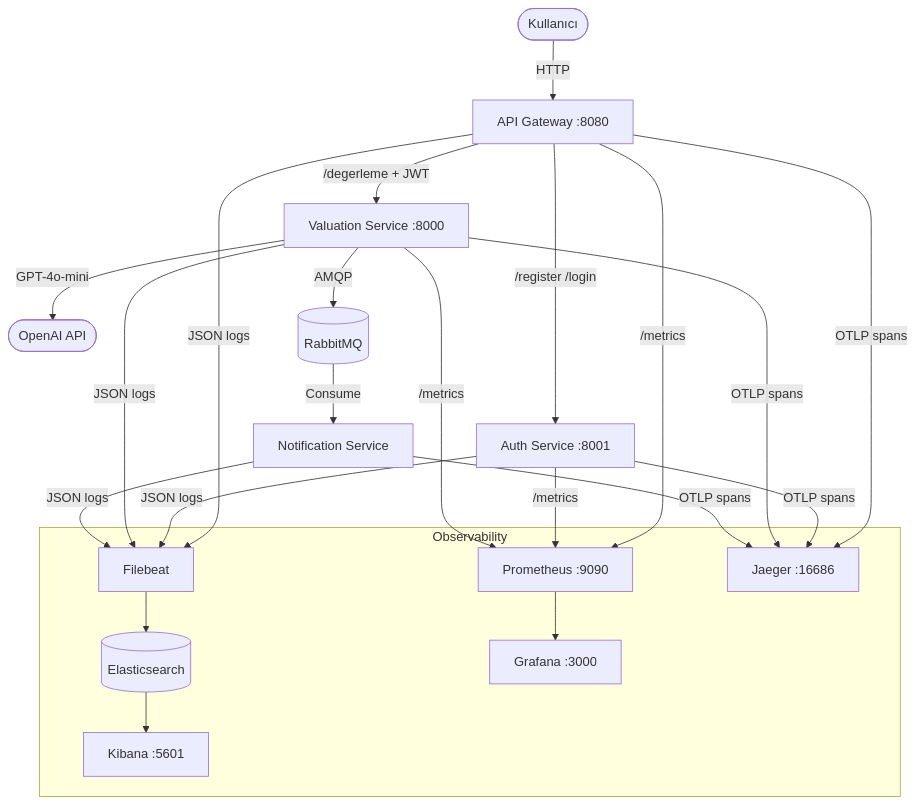
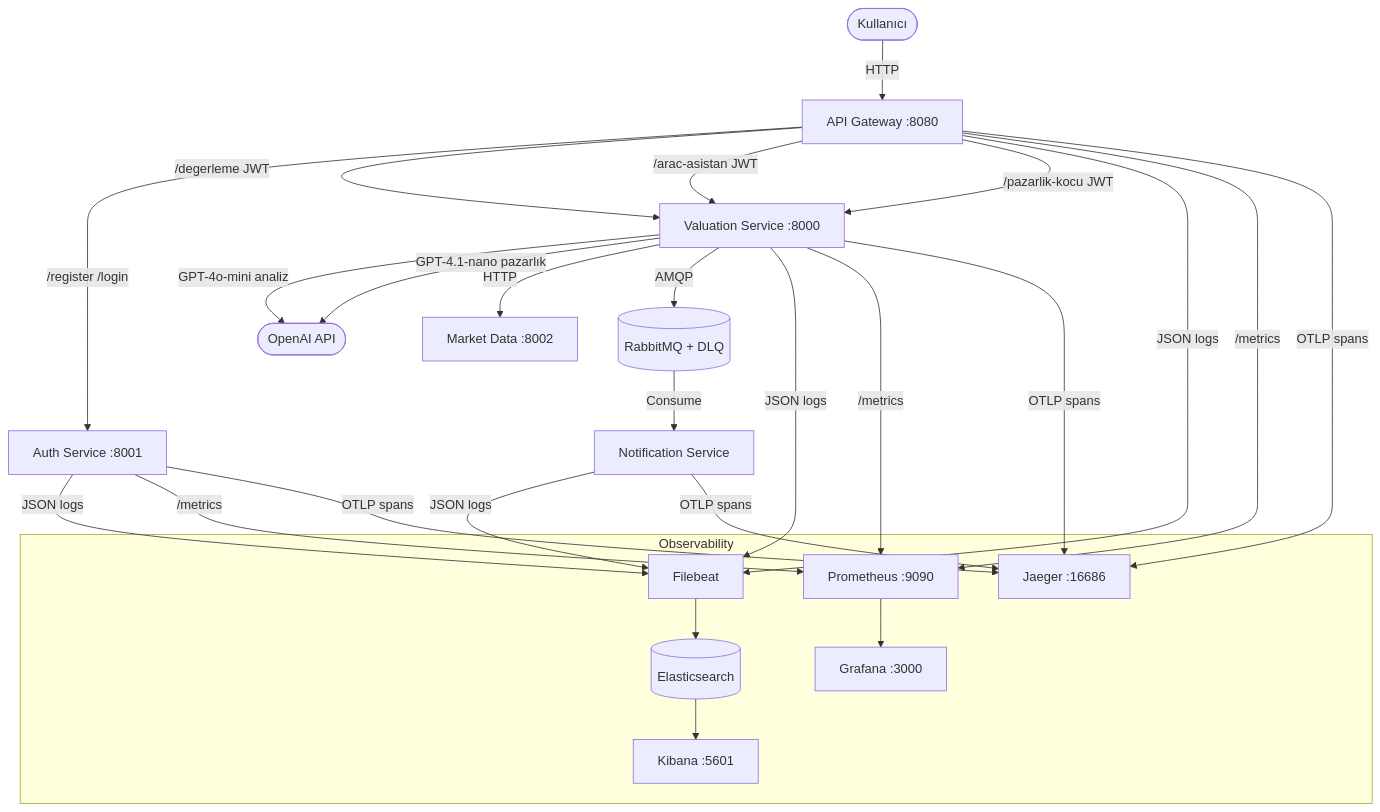
One commit to kayracolak/car-valuation-microservice changed the diagram in README.md. Above: the diagram before and after it, drawn with Mermaid. The commit also changed other lines of this file and 10 other files, not shown here.

````diff
--- a/README.md
+++ b/README.md
@@ -89,22 +83,26 @@
 ```mermaid
 graph TD
     Client([Kullanıcı]) -->|HTTP| GW[API Gateway :8080]
 
     GW -->|/register /login| Auth[Auth Service :8001]
-    GW -->|/degerleme + JWT| Val[Valuation Service :8000]
+    GW -->|/degerleme JWT| Val[Valuation Service :8000]
+    GW -->|/arac-asistan JWT| Val
+    GW -->|/pazarlik-kocu JWT| Val
 
-    Val -->|GPT-4o-mini| OAI([OpenAI API])
-    Val -->|AMQP| MQ[(RabbitMQ)]
+    Val -->|GPT-4o-mini analiz| OAI([OpenAI API])
+    Val -->|GPT-4.1-nano pazarlık| OAI
+    Val -->|HTTP| MDS[Market Data :8002]
+    Val -->|AMQP| MQ[(RabbitMQ + DLQ)]
     MQ -->|Consume| Notif[Notification Service]
 
     subgraph Observability
         Filebeat --> ES[(Elasticsearch)]
         ES --> Kibana[Kibana :5601]
         Prom[Prometheus :9090] --> Grafana[Grafana :3000]
         Jaeger[Jaeger :16686]
     end
 
     GW & Auth & Val & Notif -->|JSON logs| Filebeat
     GW & Auth & Val -->|/metrics| Prom
     GW & Auth & Val & Notif -->|OTLP spans| Jaeger
 ```
````
